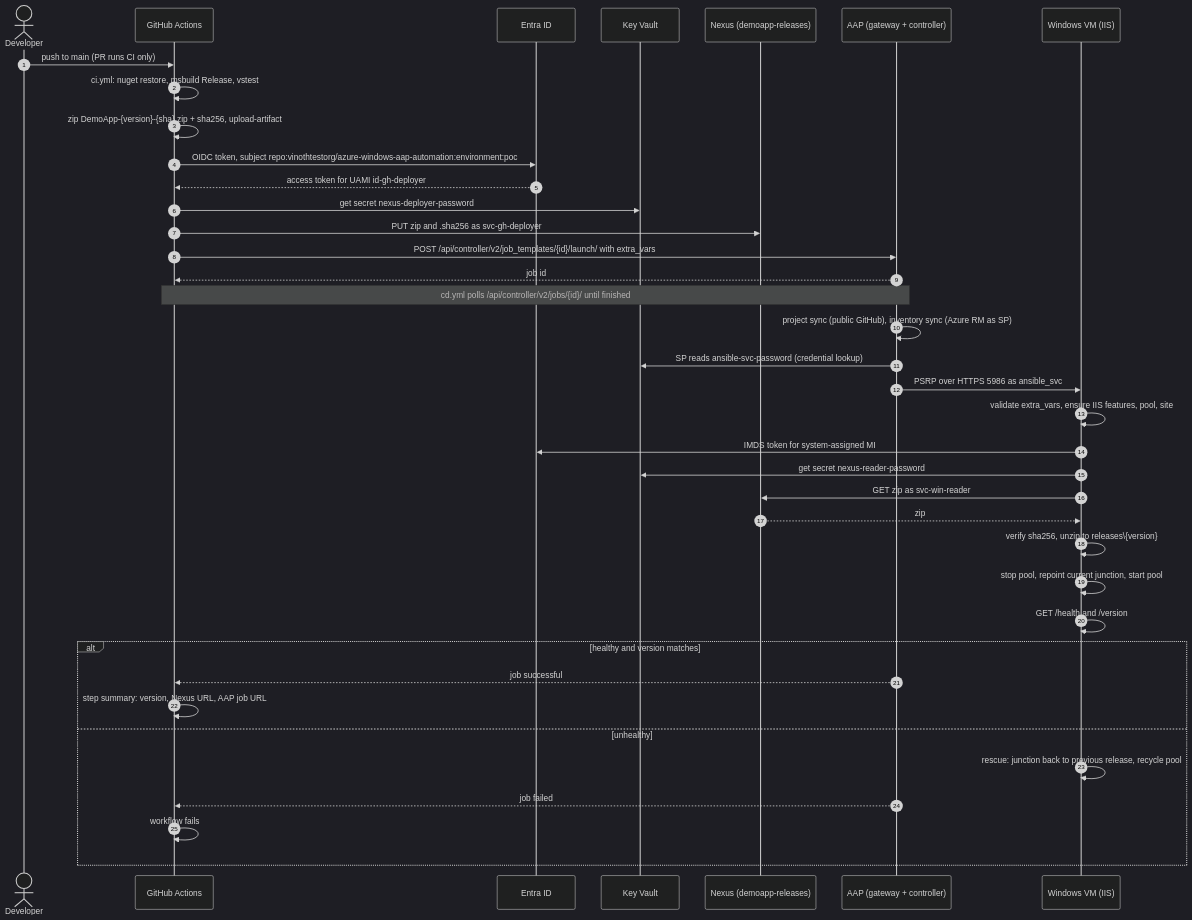
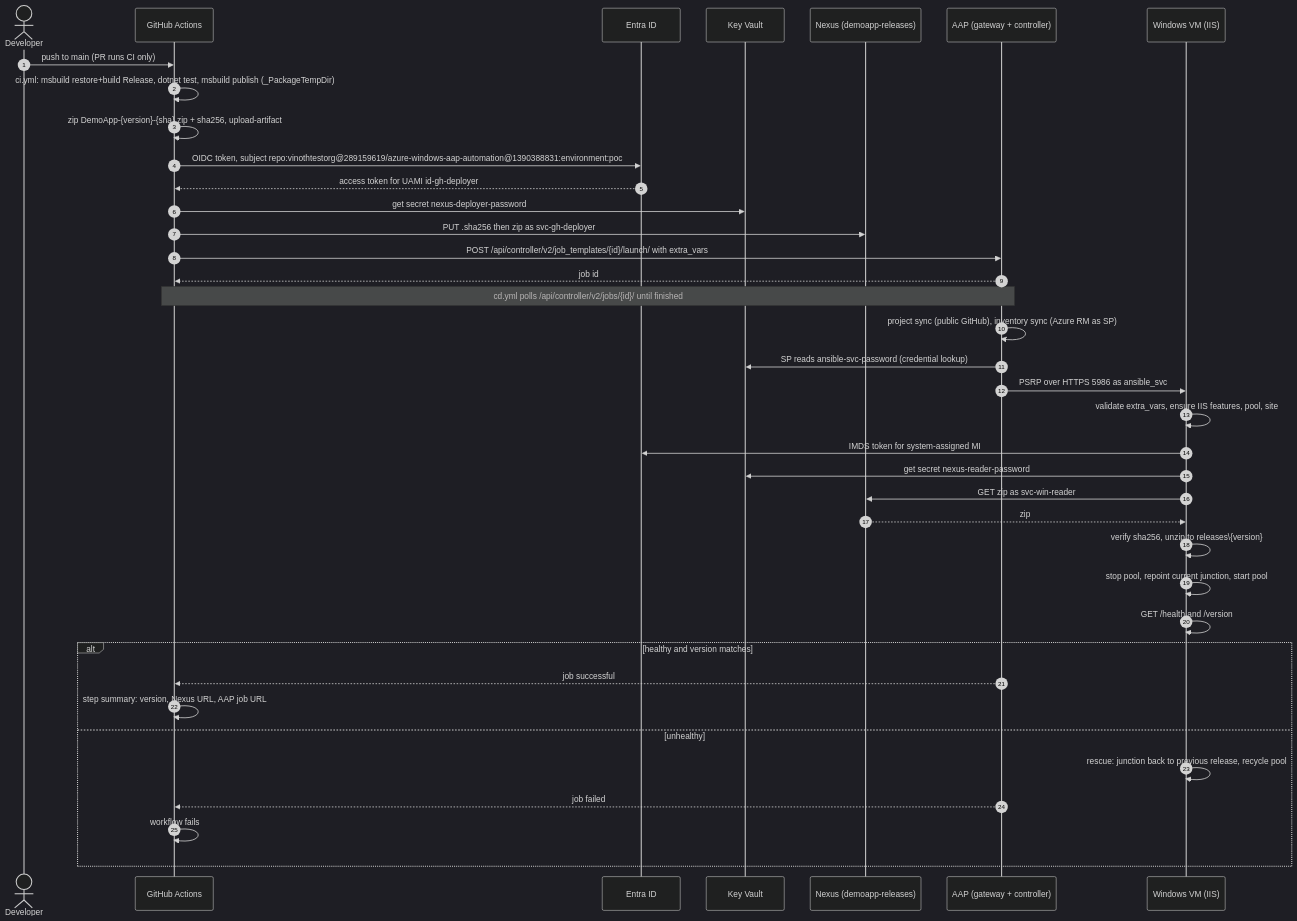
Before and after one commit to vinothtestorg/azure-windows-aap-automation: the diagram in docs/diagrams/02-cicd-sequence.mmd, drawn with Mermaid (dark theme). The commit also changed 6 other files, not shown here.

```diff
--- a/docs/diagrams/02-cicd-sequence.mmd
+++ b/docs/diagrams/02-cicd-sequence.mmd
@@ -1,39 +1,39 @@
 sequenceDiagram
   autonumber
   actor Dev as Developer
   participant GH as GitHub Actions
   participant Entra as Entra ID
   participant KV as Key Vault
   participant NX as Nexus (demoapp-releases)
   participant AAP as AAP (gateway + controller)
   participant VM as Windows VM (IIS)
 
   Dev->>GH: push to main (PR runs CI only)
-  GH->>GH: ci.yml: nuget restore, msbuild Release, vstest
+  GH->>GH: ci.yml: msbuild restore+build Release, dotnet test, msbuild publish (_PackageTempDir)
   GH->>GH: zip DemoApp-{version}-{sha}.zip + sha256, upload-artifact
-  GH->>Entra: OIDC token, subject repo:vinothtestorg/azure-windows-aap-automation:environment:poc
+  GH->>Entra: OIDC token, subject repo:vinothtestorg@289159619/azure-windows-aap-automation@1390388831:environment:poc
   Entra-->>GH: access token for UAMI id-gh-deployer
   GH->>KV: get secret nexus-deployer-password
-  GH->>NX: PUT zip and .sha256 as svc-gh-deployer
+  GH->>NX: PUT .sha256 then zip as svc-gh-deployer
   GH->>AAP: POST /api/controller/v2/job_templates/{id}/launch/ with extra_vars
   AAP-->>GH: job id
   Note over GH,AAP: cd.yml polls /api/controller/v2/jobs/{id}/ until finished
   AAP->>AAP: project sync (public GitHub), inventory sync (Azure RM as SP)
   AAP->>KV: SP reads ansible-svc-password (credential lookup)
   AAP->>VM: PSRP over HTTPS 5986 as ansible_svc
   VM->>VM: validate extra_vars, ensure IIS features, pool, site
   VM->>Entra: IMDS token for system-assigned MI
   VM->>KV: get secret nexus-reader-password
   VM->>NX: GET zip as svc-win-reader
   NX-->>VM: zip
   VM->>VM: verify sha256, unzip to releases\{version}
   VM->>VM: stop pool, repoint current junction, start pool
   VM->>VM: GET /health and /version
   alt healthy and version matches
     AAP-->>GH: job successful
     GH->>GH: step summary: version, Nexus URL, AAP job URL
   else unhealthy
     VM->>VM: rescue: junction back to previous release, recycle pool
     AAP-->>GH: job failed
     GH->>GH: workflow fails
   end
```
